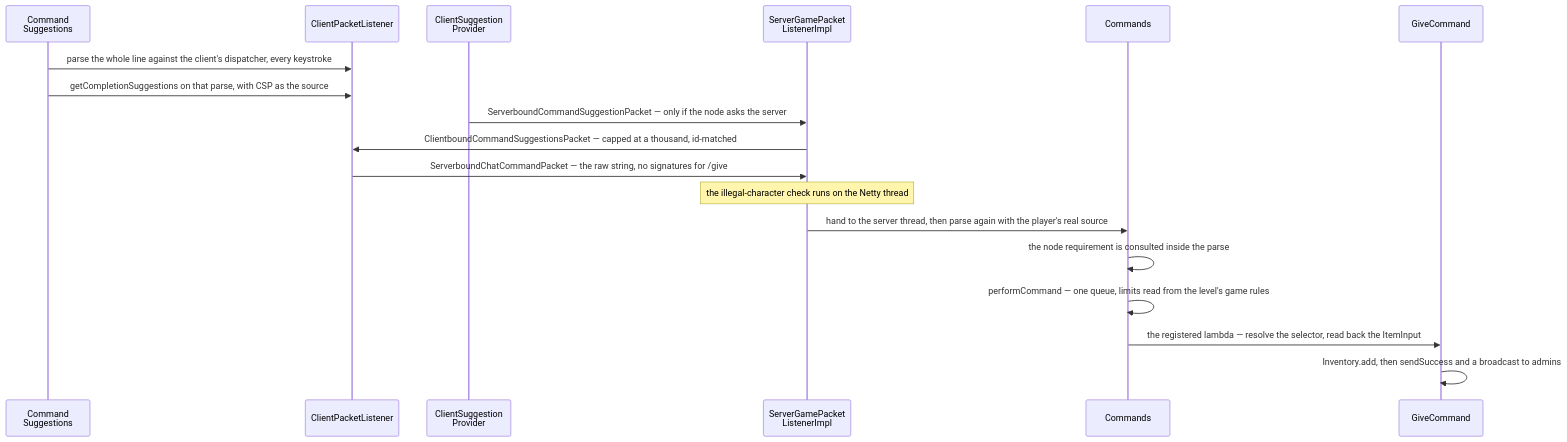
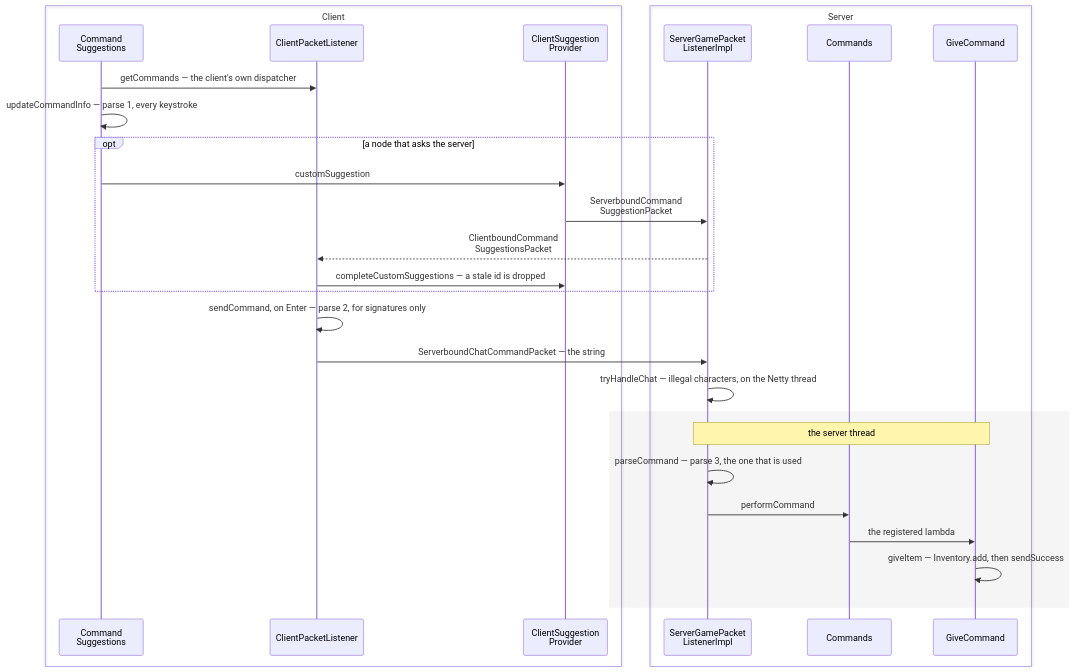
The diagram in src/systems/commands/brigadier-and-commands.md (AlexanderjFraser/MinecraftDocs), drawn with Mermaid before and after one commit. The commit also changed other lines of this file and 16 other files, not shown here.

````diff
--- a/src/systems/commands/brigadier-and-commands.md
+++ b/src/systems/commands/brigadier-and-commands.md
@@ -43,21 +43,32 @@
 ```mermaid
 sequenceDiagram
+    box Client
     participant CSug as Command<br/>Suggestions
     participant CPL as ClientPacketListener
     participant CSP as ClientSuggestion<br/>Provider
+    end
+    box Server
     participant SGPL as ServerGamePacket<br/>ListenerImpl
     participant Cmds as Commands
     participant GC as GiveCommand
+    end
 
-    CSug->>CPL: parse the whole line against the client's dispatcher, every keystroke
-    CSug->>CPL: getCompletionSuggestions on that parse, with CSP as the source
-    CSP->>SGPL: ServerboundCommandSuggestionPacket — only if the node asks the server
-    SGPL->>CPL: ClientboundCommandSuggestionsPacket — capped at a thousand, id-matched
-    CPL->>SGPL: ServerboundChatCommandPacket — the raw string, no signatures for /give
-    Note over SGPL: the illegal-character check runs on the Netty thread
-    SGPL->>Cmds: hand to the server thread, then parse again with the player's real source
-    Cmds->>Cmds: the node requirement is consulted inside the parse
-    Cmds->>Cmds: performCommand — one queue, limits read from the level's game rules
-    Cmds->>GC: the registered lambda — resolve the selector, read back the ItemInput
-    GC->>GC: Inventory.add, then sendSuccess and a broadcast to admins
+    CSug->>CPL: getCommands — the client's own dispatcher
+    CSug->>CSug: updateCommandInfo — parse 1, every keystroke
+    opt a node that asks the server
+        CSug->>CSP: customSuggestion
+        CSP->>SGPL: ServerboundCommand<br/>SuggestionPacket
+        SGPL-->>CPL: ClientboundCommand<br/>SuggestionsPacket
+        CPL->>CSP: completeCustomSuggestions — a stale id is dropped
+    end
+    CPL->>CPL: sendCommand, on Enter — parse 2, for signatures only
+    CPL->>SGPL: ServerboundChatCommandPacket — the string
+    SGPL->>SGPL: tryHandleChat — illegal characters, on the Netty thread
+    rect rgba(0, 0, 0, 0.04)
+    Note over SGPL,GC: the server thread
+    SGPL->>SGPL: parseCommand — parse 3, the one that is used
+    SGPL->>Cmds: performCommand
+    Cmds->>GC: the registered lambda
+    GC->>GC: giveItem — Inventory.add, then sendSuccess
+    end
 ```
````
